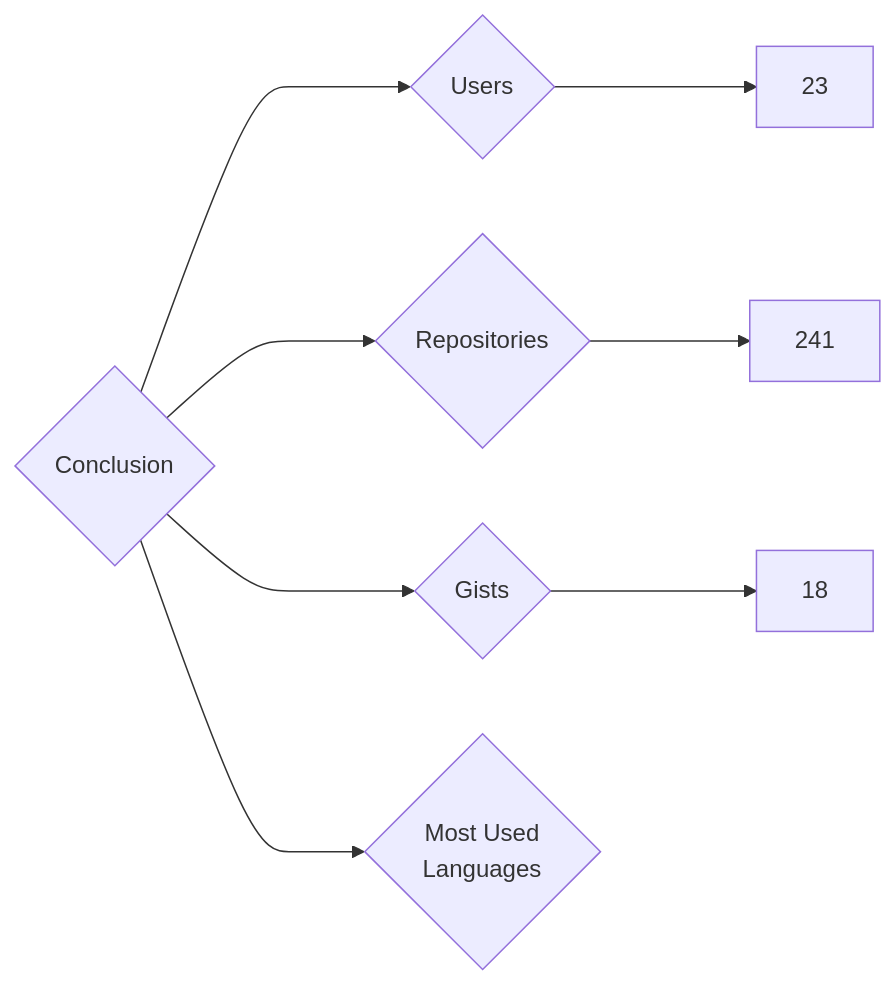
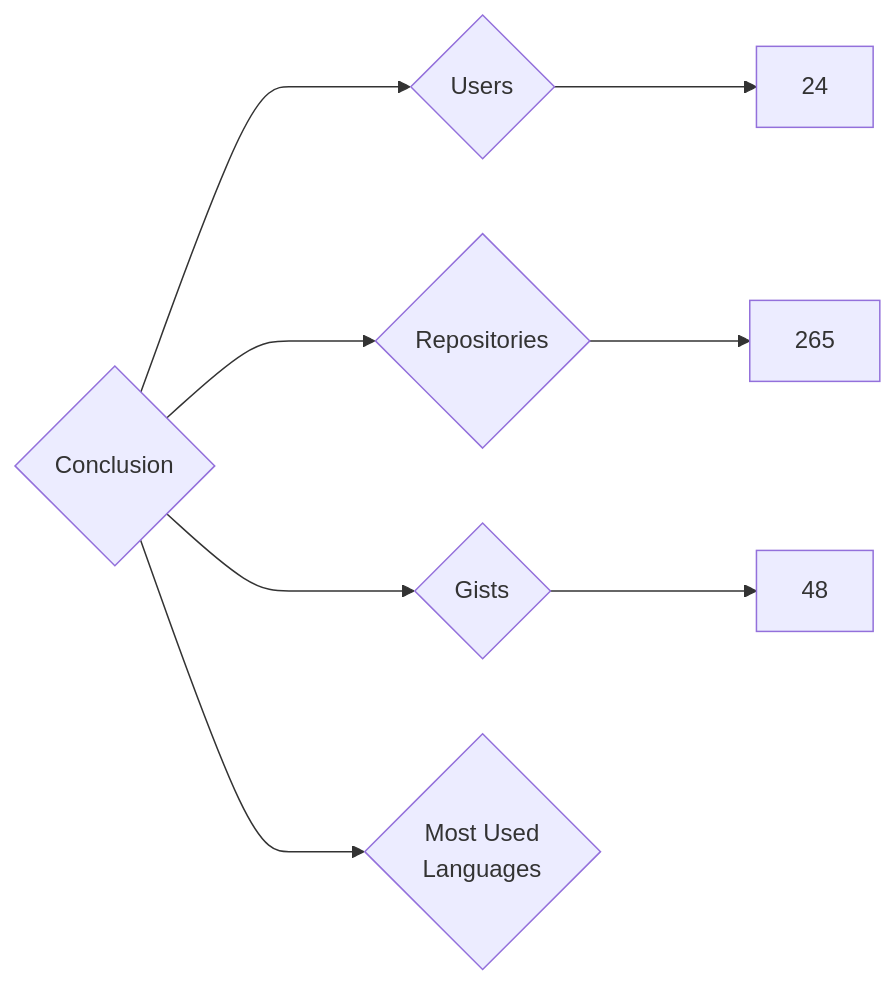
The diagram in targets/Conclusion/README.md (nenadzaric/insiders), drawn with Mermaid before and after one commit. The commit also changed 1342 other files, not shown here.

````diff
--- a/targets/Conclusion/README.md
+++ b/targets/Conclusion/README.md
@@ -3,8 +3,8 @@
 ```mermaid
 graph LR
 COMPANY_NAME{Conclusion}
-COMPANY_NAME ---> U{Users} ---> UN[23]
-COMPANY_NAME ---> R{Repositories} ---> RN[241]
-COMPANY_NAME ---> G{Gists} ---> GN[18]
+COMPANY_NAME ---> U{Users} ---> UN[24]
+COMPANY_NAME ---> R{Repositories} ---> RN[265]
+COMPANY_NAME ---> G{Gists} ---> GN[48]
 COMPANY_NAME ---> ML{Most Used<br>Languages}
 ```
````
